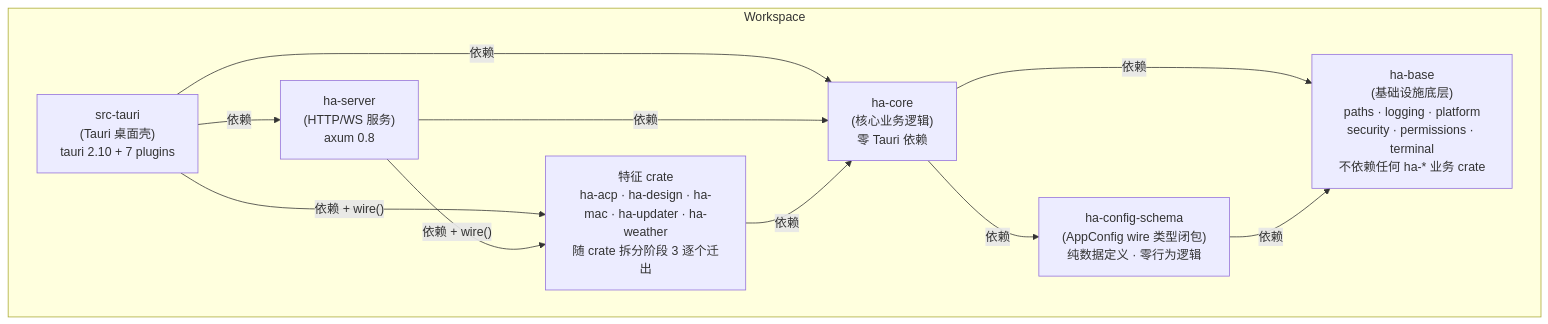
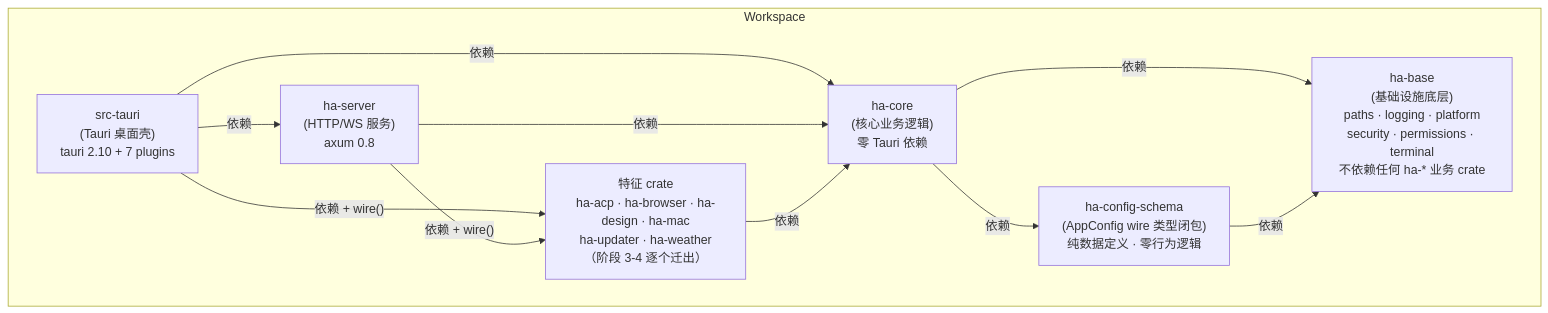
The first of 6 diagrams in docs/architecture/backend-separation.md (shiwenwen/hope-agent), drawn with Mermaid before and after one commit. The commit also changed other lines of this file and 88 other files, not shown here.

First line of the commit message:
refactor(browser): 阶段 4 首刀——浏览器迁出为特征 crate ha-browser

````diff
--- a/docs/architecture/backend-separation.md
+++ b/docs/architecture/backend-separation.md
@@ -15,22 +15,22 @@
 ```mermaid
 graph TD
     subgraph Workspace
         HA_TAURI["src-tauri<br/>(Tauri 桌面壳)<br/>tauri 2.10 + 7 plugins"]
         HA_SERVER["ha-server<br/>(HTTP/WS 服务)<br/>axum 0.8"]
-        HA_FEAT["特征 crate<br/>ha-acp · ha-design · ha-mac · ha-updater · ha-weather<br/>随 crate 拆分阶段 3 逐个迁出"]
+        HA_FEAT["特征 crate<br/>ha-acp · ha-browser · ha-design · ha-mac<br/>ha-updater · ha-weather（阶段 3-4 逐个迁出）"]
         HA_CORE["ha-core<br/>(核心业务逻辑)<br/>零 Tauri 依赖"]
         HA_SCHEMA["ha-config-schema<br/>(AppConfig wire 类型闭包)<br/>纯数据定义 · 零行为逻辑"]
         HA_BASE["ha-base<br/>(基础设施底层)<br/>paths · logging · platform<br/>security · permissions · terminal<br/>不依赖任何 ha-* 业务 crate"]
     end
 
     HA_TAURI -->|"依赖"| HA_SERVER
     HA_TAURI -->|"依赖 + wire()"| HA_FEAT
     HA_TAURI -->|"依赖"| HA_CORE
     HA_SERVER -->|"依赖 + wire()"| HA_FEAT
     HA_SERVER -->|"依赖"| HA_CORE
     HA_FEAT -->|"依赖"| HA_CORE
     HA_CORE -->|"依赖"| HA_SCHEMA
     HA_CORE -->|"依赖"| HA_BASE
     HA_SCHEMA -->|"依赖"| HA_BASE
 
 ```
````
